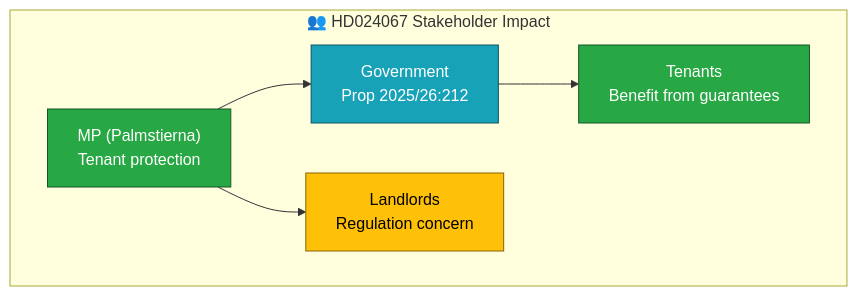
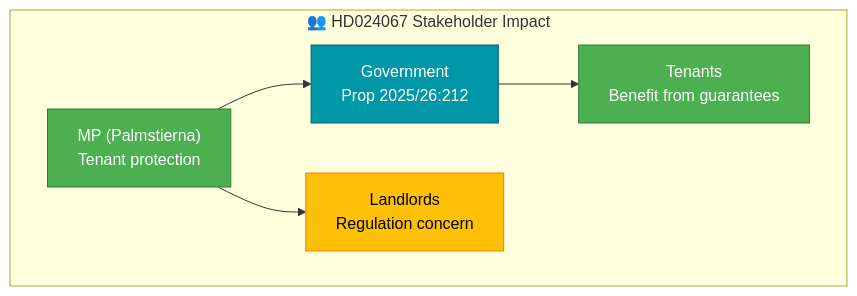
One commit to Hack23/riksdagsmonitor changed the diagram in analysis/daily/2026-04-07/realtime-1411/documents/hd024067-analysis.md. Above: the diagram before and after it, drawn with Mermaid. The commit also changed 785 other files, not shown here.

First line of the commit message:
Normalize mermaid colors across 786 analysis artifacts to ISMS Style Guide palette

````diff
--- a/analysis/daily/2026-04-07/realtime-1411/documents/hd024067-analysis.md
+++ b/analysis/daily/2026-04-07/realtime-1411/documents/hd024067-analysis.md
@@ -34,16 +34,16 @@
 ```mermaid
 graph TD
     subgraph "👥 HD024067 Stakeholder Impact"
         MP["MP (Palmstierna)<br>Tenant protection"]
         GOV["Government<br>Prop 2025/26:212"]
         TENANT["Tenants<br>Benefit from guarantees"]
         LANDLORD["Landlords<br>Regulation concern"]
     end
     MP --> GOV
     GOV --> TENANT
     MP --> LANDLORD
-    style MP fill:#28a745,stroke:#155724,color:#fff
-    style GOV fill:#17a2b8,stroke:#0c5460,color:#fff
-    style TENANT fill:#28a745,stroke:#155724,color:#fff
-    style LANDLORD fill:#ffc107,stroke:#856404,color:#000
+    style MP fill:#4CAF50,stroke:#2E7D32,color:#FFFFFF
+    style GOV fill:#0097A7,stroke:#006064,color:#FFFFFF
+    style TENANT fill:#4CAF50,stroke:#2E7D32,color:#FFFFFF
+    style LANDLORD fill:#FFC107,stroke:#F57C00,color:#000000
 ```
````
